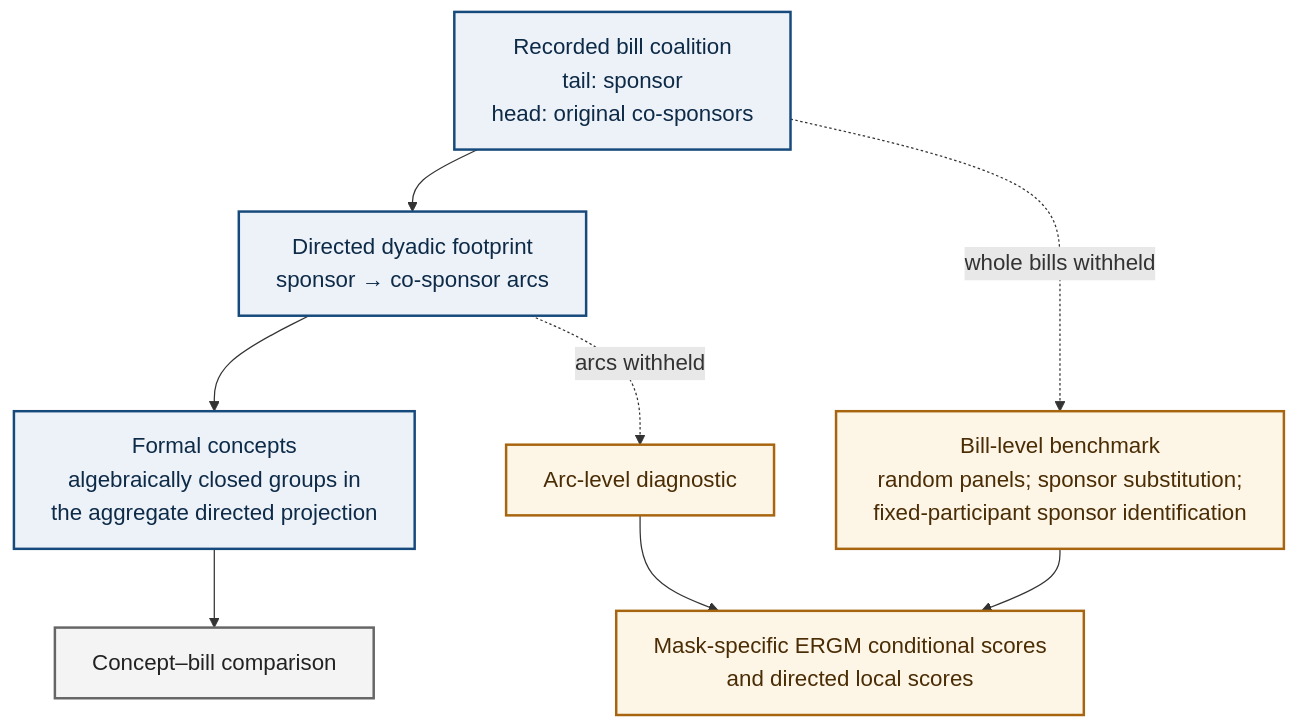
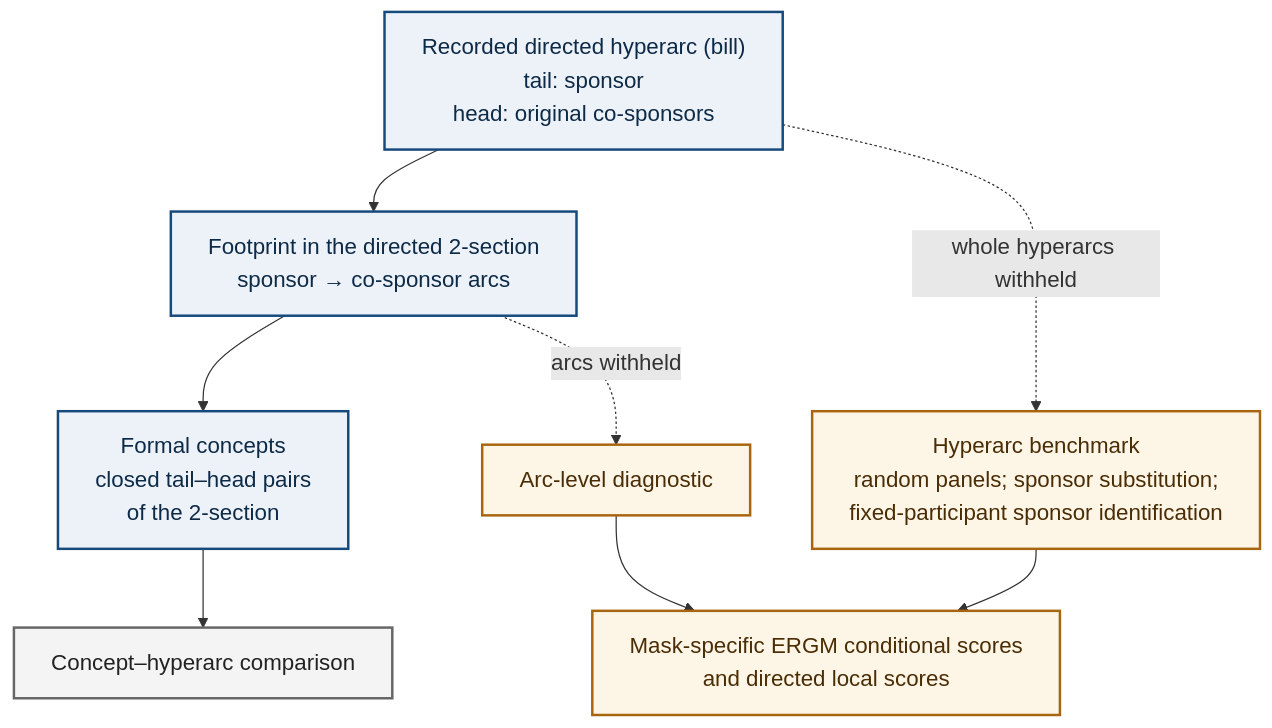
The diagram in revision_nov2026/results/figures/fig1_three_targets.mmd (mboudour/directed_HP_LP_and_ERGMs), drawn with Mermaid before and after one commit. The commit also changed 5 other files, not shown here.

```diff
--- a/revision_nov2026/results/figures/fig1_three_targets.mmd
+++ b/revision_nov2026/results/figures/fig1_three_targets.mmd
@@ -1,20 +1,20 @@
 %%{init: {"theme":"base","flowchart":{"wrappingWidth":420},"themeVariables":{"fontFamily":"Arial","fontSize":"18px","lineColor":"#333","edgeLabelBackground":"#e8e8e8"}}}%%
 flowchart TD
-  A["Recorded bill coalition<br/>tail: sponsor<br/>head: original co-sponsors"]
-  B["Directed dyadic footprint<br/>sponsor → co-sponsor arcs"]
-  C["Formal concepts<br/>algebraically closed groups in<br/>the aggregate directed projection"]
+  A["Recorded directed hyperarc (bill)<br/>tail: sponsor<br/>head: original co-sponsors"]
+  B["Footprint in the directed 2-section<br/>sponsor → co-sponsor arcs"]
+  C["Formal concepts<br/>closed tail–head pairs<br/>of the 2-section"]
   D["Arc-level diagnostic"]
-  E["Bill-level benchmark<br/>random panels; sponsor substitution;<br/>fixed-participant sponsor identification"]
+  E["Hyperarc benchmark<br/>random panels; sponsor substitution;<br/>fixed-participant sponsor identification"]
   F["Mask-specific ERGM conditional scores<br/>and directed local scores"]
-  G["Concept–bill comparison"]
+  G["Concept–hyperarc comparison"]
   A --> B
-  A -. "whole bills withheld" .-> E
+  A -. "whole hyperarcs withheld" .-> E
   B --> C
   B -. "arcs withheld" .-> D
   C --> G
   D --> F
   E --> F
   classDef rec fill:#edf2f9,stroke:#174a7c,stroke-width:2px,color:#0d2a47;
   classDef ev fill:#fdf6e7,stroke:#a8650f,stroke-width:2px,color:#4a2c05;
   classDef au fill:#f4f4f4,stroke:#666,stroke-width:2px,color:#222;
   class A,B,C rec; class D,E,F ev; class G au;
```
